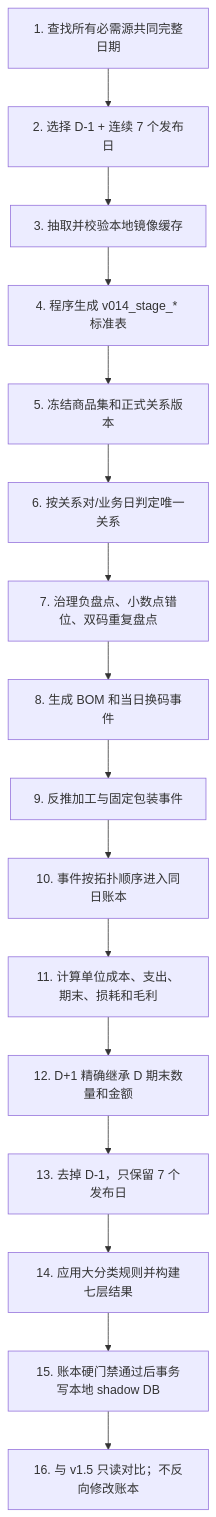
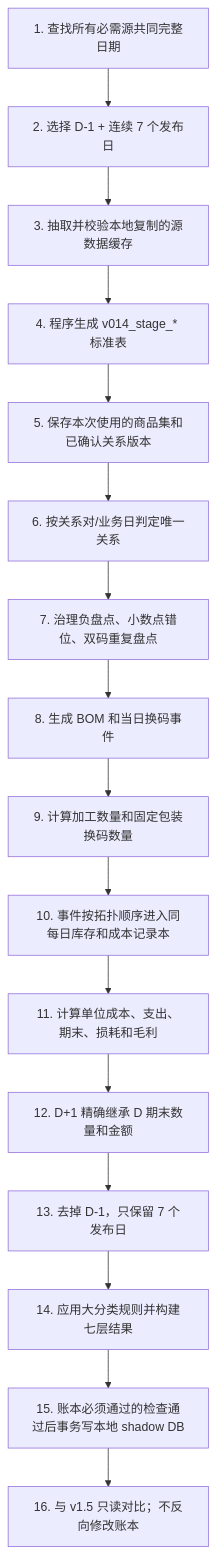
Before and after one commit to kate636/cuihua-data: the third of 5 diagrams in fmetl/docs/architecture/V0.14_IMPLEMENTED_ARCHITECTURE.md, drawn with Mermaid. The commit also changed other lines of this file and 42 other files, not shown here.

````diff
--- a/fmetl/docs/architecture/V0.14_IMPLEMENTED_ARCHITECTURE.md
+++ b/fmetl/docs/architecture/V0.14_IMPLEMENTED_ARCHITECTURE.md
@@ -155,18 +155,18 @@
 ```mermaid
 flowchart TB
     A["1. 查找所有必需源共同完整日期"] --> B["2. 选择 D-1 + 连续 7 个发布日"]
-    B --> C["3. 抽取并校验本地镜像缓存"]
+    B --> C["3. 抽取并校验本地复制的源数据缓存"]
     C --> D["4. 程序生成 v014_stage_* 标准表"]
-    D --> E["5. 冻结商品集和正式关系版本"]
+    D --> E["5. 保存本次使用的商品集和已确认关系版本"]
     E --> F["6. 按关系对/业务日判定唯一关系"]
     F --> G["7. 治理负盘点、小数点错位、双码重复盘点"]
     G --> H["8. 生成 BOM 和当日换码事件"]
-    H --> I["9. 反推加工与固定包装事件"]
-    I --> J["10. 事件按拓扑顺序进入同日账本"]
+    H --> I["9. 计算加工数量和固定包装换码数量"]
+    I --> J["10. 事件按拓扑顺序进入同每日库存和成本记录本"]
     J --> K["11. 计算单位成本、支出、期末、损耗和毛利"]
     K --> L["12. D+1 精确继承 D 期末数量和金额"]
     L --> M["13. 去掉 D-1，只保留 7 个发布日"]
     M --> N["14. 应用大分类规则并构建七层结果"]
-    N --> O["15. 账本硬门禁通过后事务写本地 shadow DB"]
+    N --> O["15. 账本必须通过的检查通过后事务写本地 shadow DB"]
     O --> P["16. 与 v1.5 只读对比；不反向修改账本"]
 ```
````
